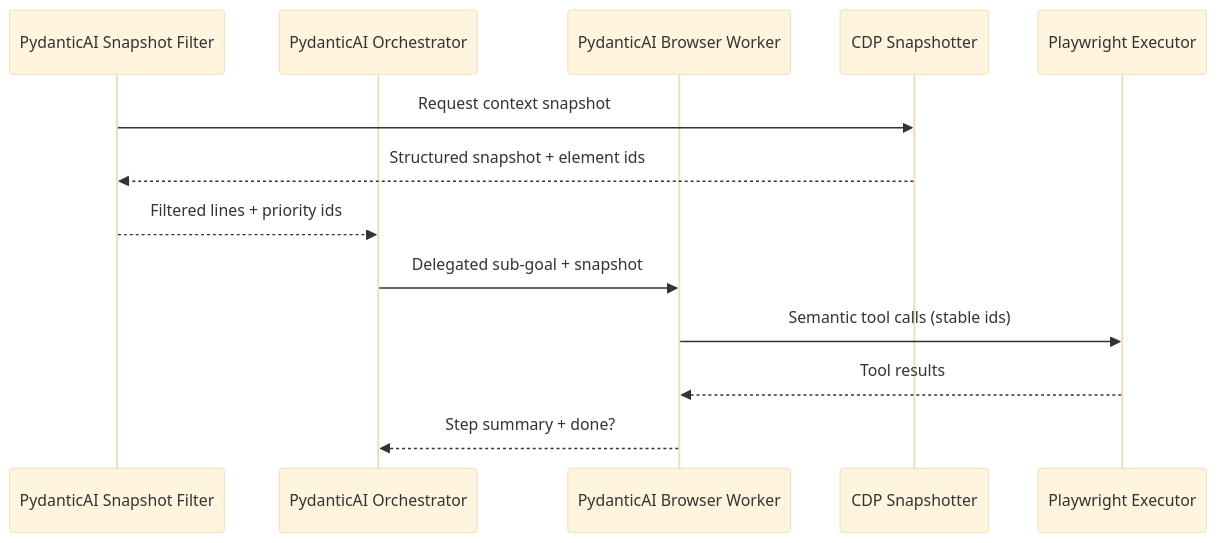
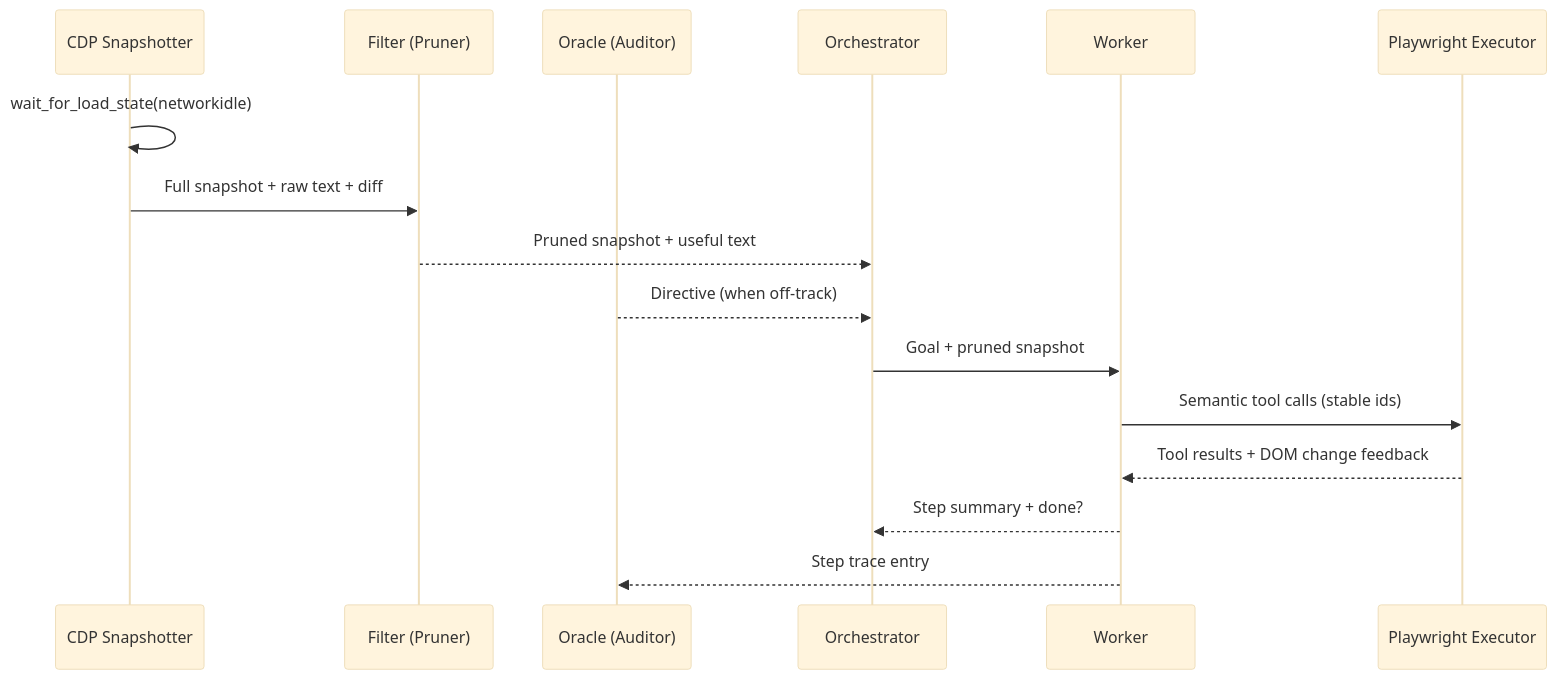
The second of 2 diagrams in README.md (snehalyelmati/computer-use-perf), drawn with Mermaid (base theme) before and after one commit. The commit also changed other lines of this file and 3 other files, not shown here.

First line of the commit message:
Update docs for agent architecture refactor

````diff
--- a/README.md
+++ b/README.md
@@ -81,16 +83,19 @@
 ```mermaid
 sequenceDiagram
-    participant Filter as PydanticAI Snapshot Filter
-    participant Orchestrator as PydanticAI Orchestrator
-    participant Worker as PydanticAI Browser Worker
     participant CDP as CDP Snapshotter
+    participant Filter as Filter (Pruner)
+    participant Oracle as Oracle (Auditor)
+    participant Orchestrator as Orchestrator
+    participant Worker as Worker
     participant PW as Playwright Executor
 
-    Filter->>CDP: Request context snapshot
-    CDP-->>Filter: Structured snapshot + element ids
-    Filter-->>Orchestrator: Filtered lines + priority ids
-    Orchestrator->>Worker: Delegated sub-goal + snapshot
+    CDP->>CDP: wait_for_load_state(networkidle)
+    CDP->>Filter: Full snapshot + raw text + diff
+    Filter-->>Orchestrator: Pruned snapshot + useful text
+    Oracle-->>Orchestrator: Directive (when off-track)
+    Orchestrator->>Worker: Goal + pruned snapshot
     Worker->>PW: Semantic tool calls (stable ids)
-    PW-->>Worker: Tool results
+    PW-->>Worker: Tool results + DOM change feedback
     Worker-->>Orchestrator: Step summary + done?
+    Worker-->>Oracle: Step trace entry
 ```
````
